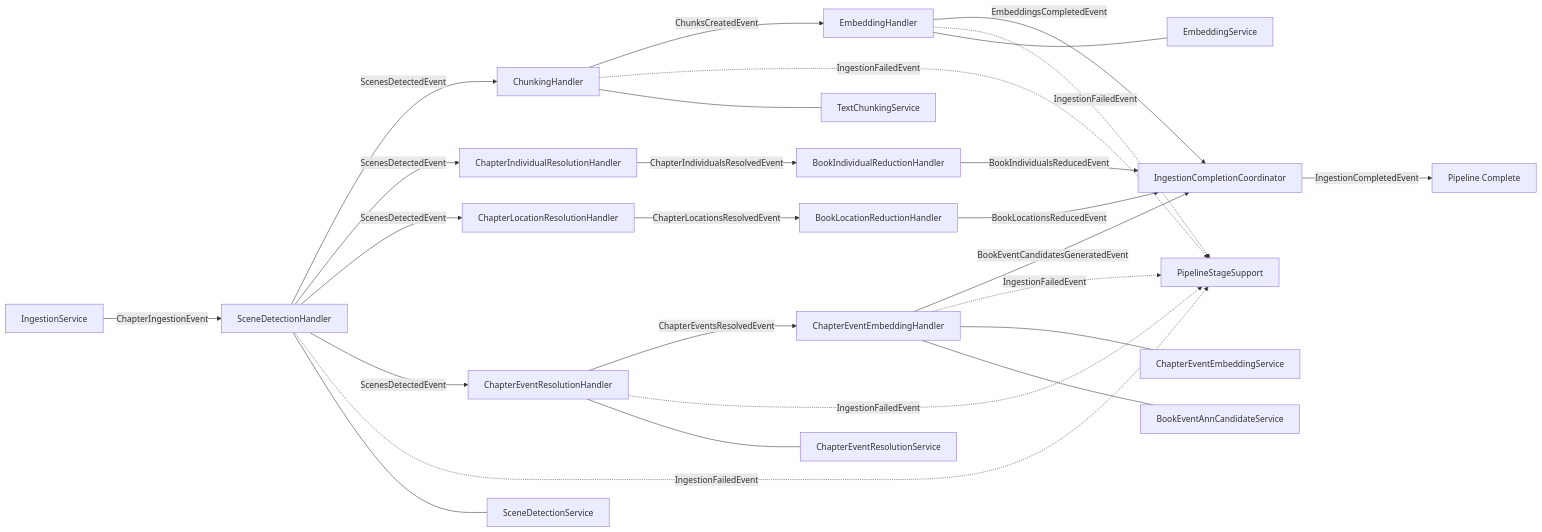
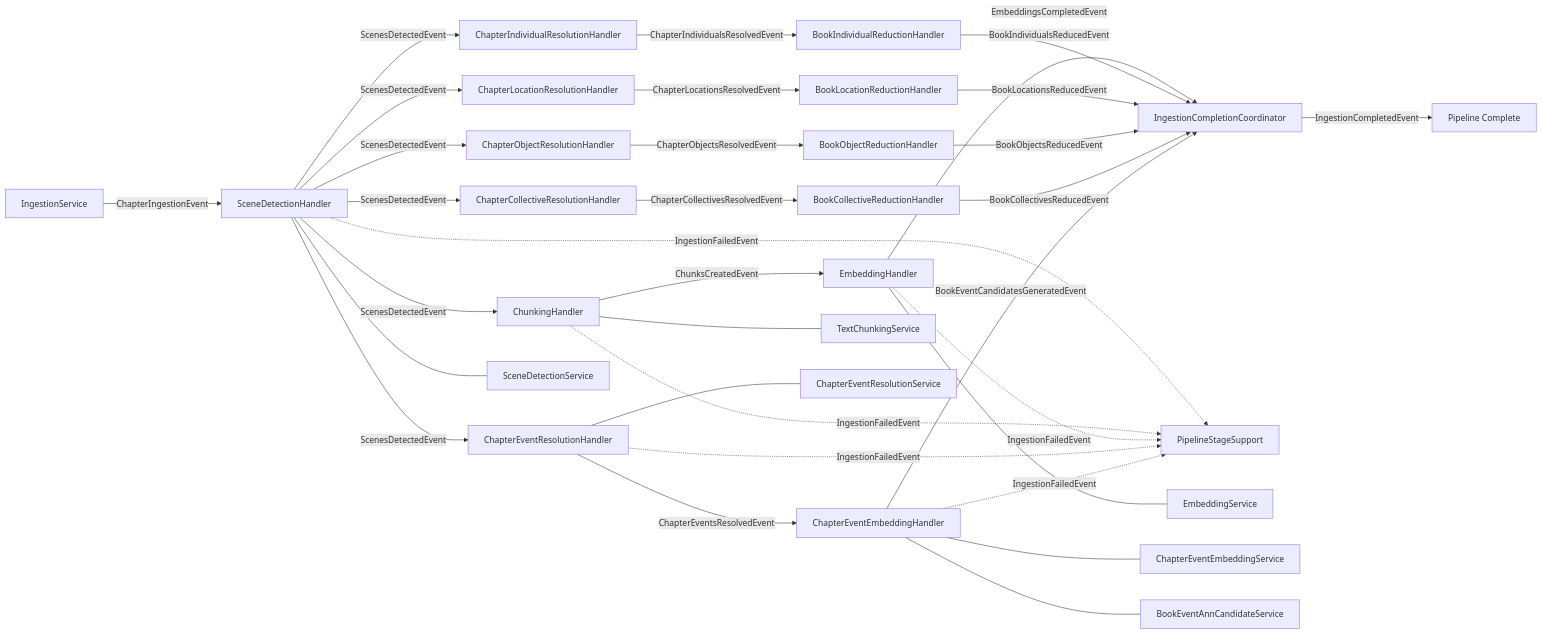
One commit to chaixdev/lorevault-kb changed the first of 3 diagrams in docs/patterns/ingestion/ingestion-pipeline.md. Above: the diagram before and after it, drawn with Mermaid. The commit also changed other lines of this file and 18 other files, not shown here.

Commit message:
docs(ingestion): promote object collective lane docs

````diff
--- a/docs/patterns/ingestion/ingestion-pipeline.md
+++ b/docs/patterns/ingestion/ingestion-pipeline.md
@@ -13,30 +13,36 @@
 ```mermaid
 graph LR
     IngestionService["IngestionService"] -->|"ChapterIngestionEvent"| SceneDetectionHandler["SceneDetectionHandler"]
     SceneDetectionHandler -->|"ScenesDetectedEvent"| ChunkingHandler["ChunkingHandler"]
     SceneDetectionHandler -->|"ScenesDetectedEvent"| ChapterIndividualResolutionHandler["ChapterIndividualResolutionHandler"]
     SceneDetectionHandler -->|"ScenesDetectedEvent"| ChapterLocationResolutionHandler["ChapterLocationResolutionHandler"]
+    SceneDetectionHandler -->|"ScenesDetectedEvent"| ChapterObjectResolutionHandler["ChapterObjectResolutionHandler"]
+    SceneDetectionHandler -->|"ScenesDetectedEvent"| ChapterCollectiveResolutionHandler["ChapterCollectiveResolutionHandler"]
     SceneDetectionHandler -->|"ScenesDetectedEvent"| ChapterEventResolutionHandler["ChapterEventResolutionHandler"]
     ChunkingHandler -->|"ChunksCreatedEvent"| EmbeddingHandler["EmbeddingHandler"]
     EmbeddingHandler -->|"EmbeddingsCompletedEvent"| Completion["IngestionCompletionCoordinator"]
     ChapterIndividualResolutionHandler -->|"ChapterIndividualsResolvedEvent"| BookIndividualReductionHandler["BookIndividualReductionHandler"]
     BookIndividualReductionHandler -->|"BookIndividualsReducedEvent"| Completion
     ChapterLocationResolutionHandler -->|"ChapterLocationsResolvedEvent"| BookLocationReductionHandler["BookLocationReductionHandler"]
     BookLocationReductionHandler -->|"BookLocationsReducedEvent"| Completion
+    ChapterObjectResolutionHandler -->|"ChapterObjectsResolvedEvent"| BookObjectReductionHandler["BookObjectReductionHandler"]
+    BookObjectReductionHandler -->|"BookObjectsReducedEvent"| Completion
+    ChapterCollectiveResolutionHandler -->|"ChapterCollectivesResolvedEvent"| BookCollectiveReductionHandler["BookCollectiveReductionHandler"]
+    BookCollectiveReductionHandler -->|"BookCollectivesReducedEvent"| Completion
     ChapterEventResolutionHandler -->|"ChapterEventsResolvedEvent"| ChapterEventEmbeddingHandler["ChapterEventEmbeddingHandler"]
     ChapterEventEmbeddingHandler -->|"BookEventCandidatesGeneratedEvent"| Completion
     Completion -->|"IngestionCompletedEvent"| Done["Pipeline Complete"]
     
     SceneDetectionHandler -.->|"IngestionFailedEvent"| PipelineStageSupport["PipelineStageSupport"]
     ChunkingHandler -.->|"IngestionFailedEvent"| PipelineStageSupport
     EmbeddingHandler -.->|"IngestionFailedEvent"| PipelineStageSupport
     ChapterEventResolutionHandler -.->|"IngestionFailedEvent"| PipelineStageSupport
     ChapterEventEmbeddingHandler -.->|"IngestionFailedEvent"| PipelineStageSupport
     
     SceneDetectionHandler --- SceneDetectionService["SceneDetectionService"]
     ChunkingHandler --- TextChunkingService["TextChunkingService"]
     EmbeddingHandler --- EmbeddingService["EmbeddingService"]
     ChapterEventResolutionHandler --- ChapterEventResolutionService["ChapterEventResolutionService"]
     ChapterEventEmbeddingHandler --- ChapterEventEmbeddingService["ChapterEventEmbeddingService"]
     ChapterEventEmbeddingHandler --- BookEventAnnCandidateService["BookEventAnnCandidateService"]
 ```
````
